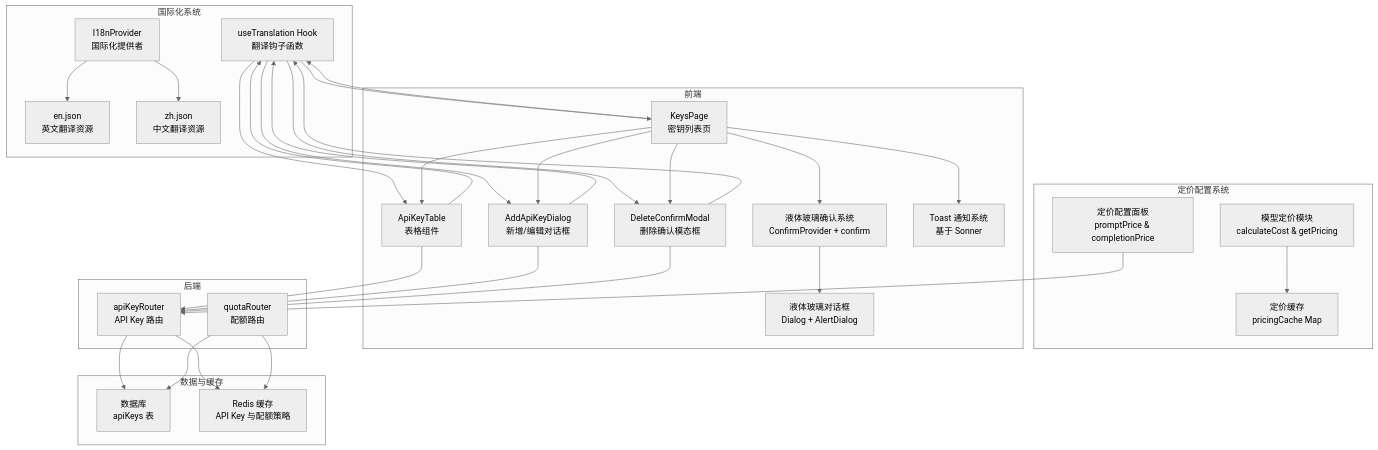
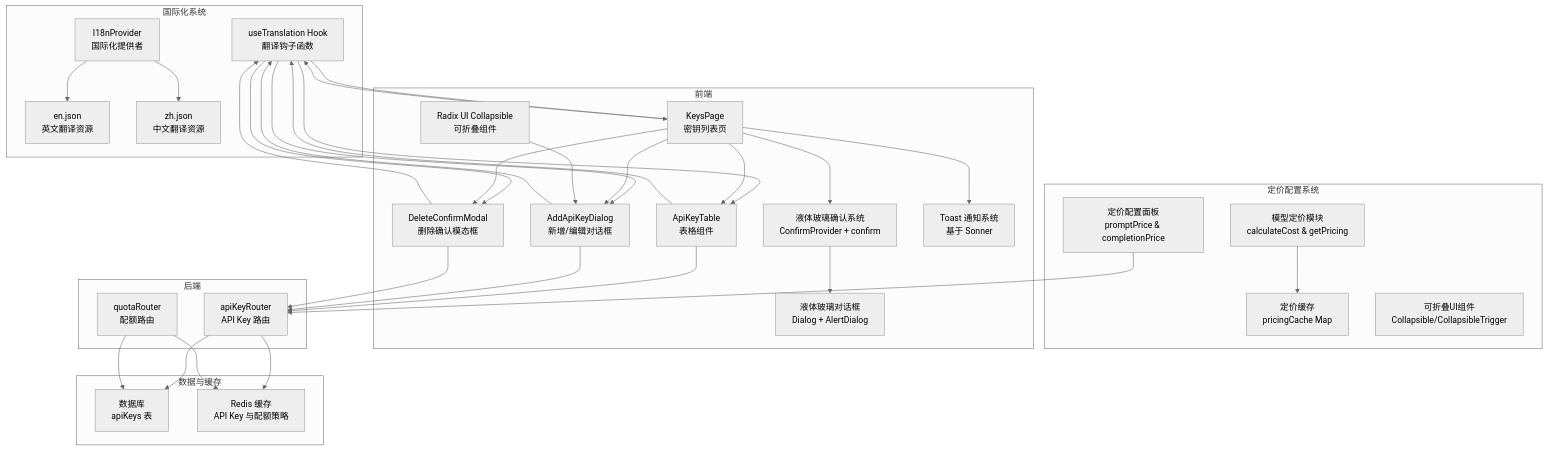
The first of 10 diagrams in .qoder/repowiki/zh/content/核心功能/API Key 管理.md (RadiumAg/AIGate), drawn with Mermaid (neutral theme) before and after one commit. The commit also changed other lines of this file and 8 other files, not shown here.

````diff
--- a/.qoder/repowiki/zh/content/核心功能/API Key 管理.md
+++ b/.qoder/repowiki/zh/content/核心功能/API Key 管理.md
@@ -61,56 +64,59 @@
 ```mermaid
 graph TB
 subgraph "定价配置系统"
 PricingConfig["定价配置面板<br/>promptPrice & completionPrice"]
 ModelPricing["模型定价模块<br/>calculateCost & getPricing"]
 PricingCache["定价缓存<br/>pricingCache Map"]
+CollapsibleUI["可折叠UI组件<br/>Collapsible/CollapsibleTrigger"]
 end
 subgraph "国际化系统"
 I18nProvider["I18nProvider<br/>国际化提供者"]
 MessagesEN["en.json<br/>英文翻译资源"]
 MessagesZH["zh.json<br/>中文翻译资源"]
 useTranslation["useTranslation Hook<br/>翻译钩子函数"]
 end
 subgraph "前端"
 KeysPage["KeysPage<br/>密钥列表页"]
 AddDialog["AddApiKeyDialog<br/>新增/编辑对话框"]
 ApiKeyTable["ApiKeyTable<br/>表格组件"]
 DeleteModal["DeleteConfirmModal<br/>删除确认模态框"]
 ConfirmSystem["液体玻璃确认系统<br/>ConfirmProvider + confirm"]
 ToastSystem["Toast 通知系统<br/>基于 Sonner"]
 LiquidGlassDialog["液体玻璃对话框<br/>Dialog + AlertDialog"]
+RadixCollapsible["Radix UI Collapsible<br/>可折叠组件"]
 end
 subgraph "后端"
 TPRouter["apiKeyRouter<br/>API Key 路由"]
 QuotaRouter["quotaRouter<br/>配额路由"]
 end
 subgraph "数据与缓存"
 DB["数据库<br/>apiKeys 表"]
 Redis["Redis 缓存<br/>API Key 与配额策略"]
 end
 I18nProvider --> MessagesEN
 I18nProvider --> MessagesZH
+useTranslation --> KeysPage
+useTranslation --> AddDialog
+useTranslation --> ApiKeyTable
+useTranslation --> DeleteModal
 KeysPage --> useTranslation
 AddDialog --> useTranslation
 ApiKeyTable --> useTranslation
 DeleteModal --> useTranslation
-useTranslation --> KeysPage
-useTranslation --> AddDialog
-useTranslation --> ApiKeyTable
-useTranslation --> DeleteModal
 KeysPage --> ApiKeyTable
 KeysPage --> AddDialog
 KeysPage --> DeleteModal
 KeysPage --> ConfirmSystem
 KeysPage --> ToastSystem
 ApiKeyTable --> TPRouter
 AddDialog --> TPRouter
 DeleteModal --> TPRouter
 ConfirmSystem --> LiquidGlassDialog
 TPRouter --> DB
 TPRouter --> Redis
 QuotaRouter --> Redis
 QuotaRouter --> DB
 PricingConfig --> TPRouter
 ModelPricing --> PricingCache
+RadixCollapsible --> AddDialog
 ```
````
